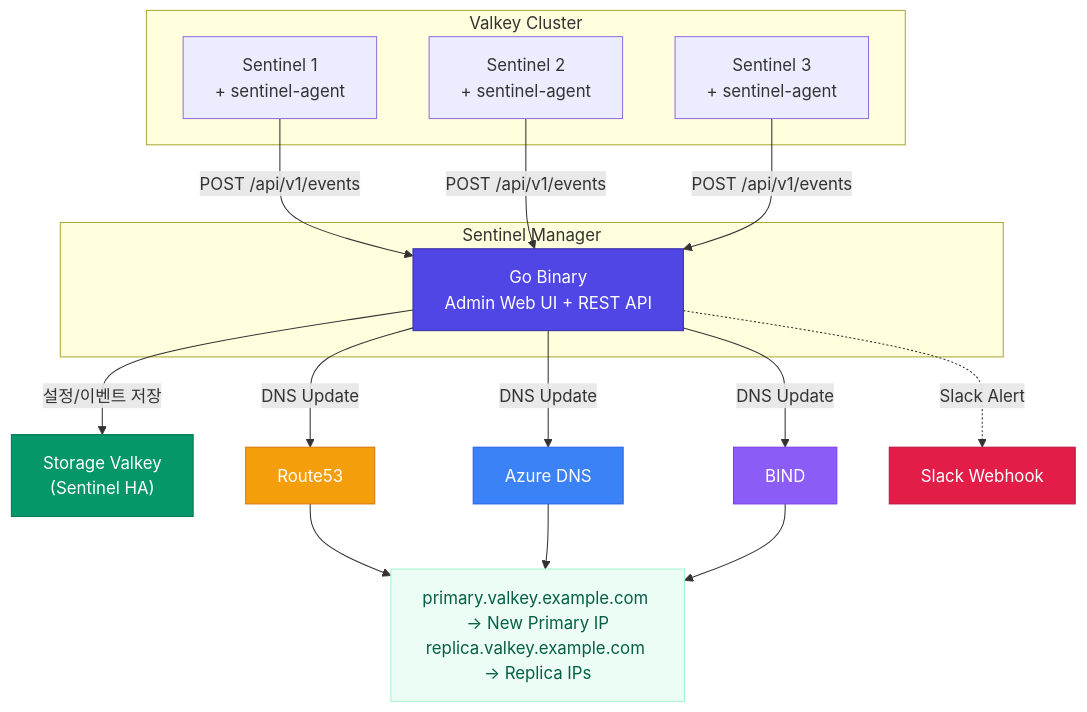
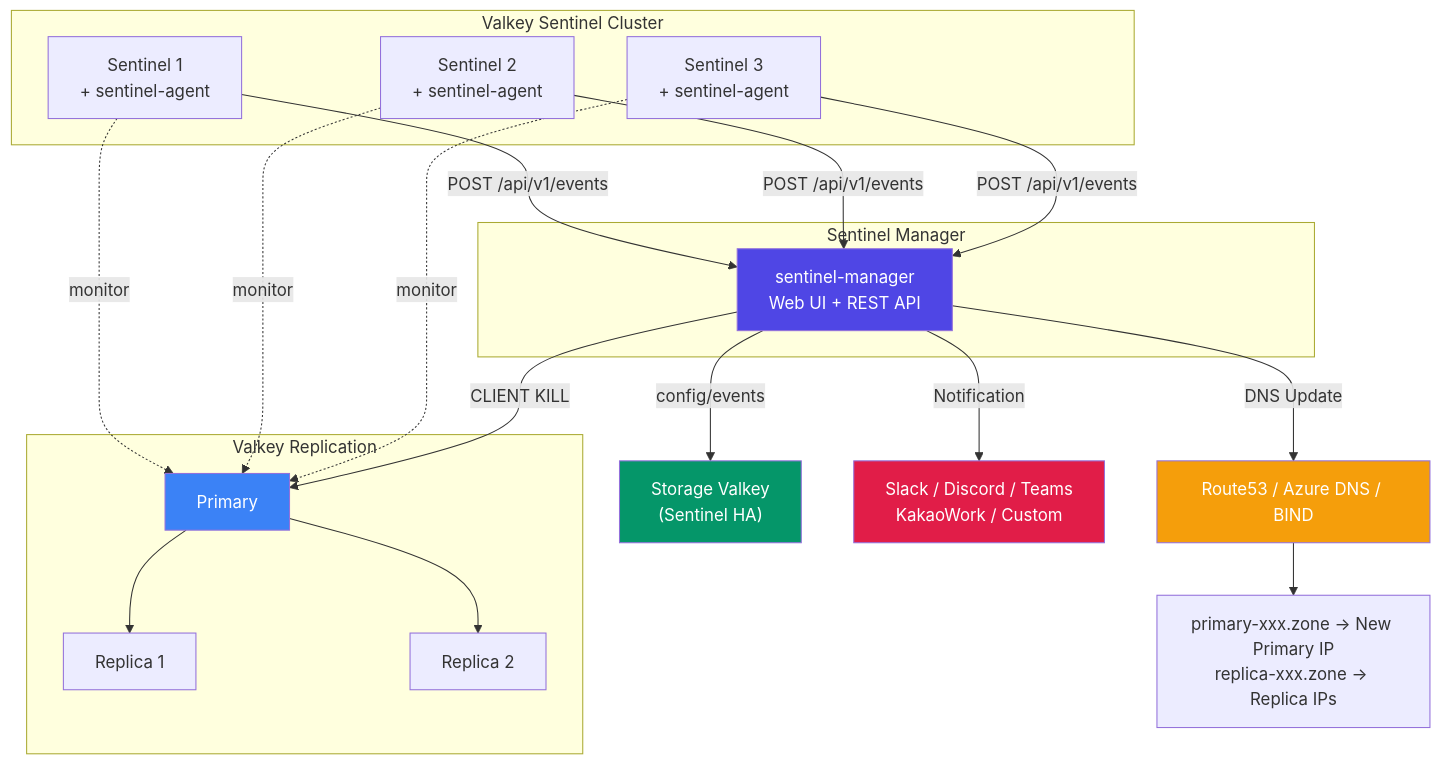
One commit to chals-go/valkey-sentinel-manager changed the first of 3 diagrams in README.md. Above: the diagram before and after it, drawn with Mermaid. The commit also changed other lines of this file, not shown here.

First line of the commit message:
README.md 전면 재작성: 한글/영어, Mermaid 다이어그램, 최신 기능 반영

````diff
--- a/README.md
+++ b/README.md
@@ -26,36 +16,41 @@
 ```mermaid
 graph TD
-    subgraph Valkey Cluster
+    subgraph "Valkey Sentinel Cluster"
         S1["Sentinel 1<br/>+ sentinel-agent"]
         S2["Sentinel 2<br/>+ sentinel-agent"]
         S3["Sentinel 3<br/>+ sentinel-agent"]
     end
 
-    subgraph Sentinel Manager
-        SM["Go Binary<br/>Admin Web UI + REST API"]
+    subgraph "Valkey Replication"
+        P["Primary"]
+        R1["Replica 1"]
+        R2["Replica 2"]
+        P --> R1
+        P --> R2
+    end
+
+    subgraph "Sentinel Manager"
+        SM["sentinel-manager<br/>Web UI + REST API"]
     end
 
     S1 -->|"POST /api/v1/events"| SM
     S2 -->|"POST /api/v1/events"| SM
     S3 -->|"POST /api/v1/events"| SM
 
-    SM -->|"설정/이벤트 저장"| VK["Storage Valkey<br/>(Sentinel HA)"]
+    S1 -.->|monitor| P
+    S2 -.->|monitor| P
+    S3 -.->|monitor| P
 
-    SM -->|"DNS Update"| R53["Route53"]
-    SM -->|"DNS Update"| AZ["Azure DNS"]
-    SM -->|"DNS Update"| BIND["BIND"]
+    SM -->|"config/events"| VK["Storage Valkey<br/>(Sentinel HA)"]
+    SM -->|"DNS Update"| DNS["Route53 / Azure DNS / BIND"]
+    SM -->|"CLIENT KILL"| P
+    SM -->|"Notification"| WH["Slack / Discord / Teams<br/>KakaoWork / Custom"]
 
-    R53 --> DNS["primary.valkey.example.com → New Primary IP<br/>replica.valkey.example.com → Replica IPs"]
-    AZ --> DNS
-    BIND --> DNS
+    DNS --> EP["primary-xxx.zone → New Primary IP<br/>replica-xxx.zone → Replica IPs"]
 
-    SM -.->|"Slack Alert"| SLACK["Slack Webhook"]
-
-    style SM fill:#4f46e5,color:#fff,stroke:#3730a3
-    style VK fill:#059669,color:#fff,stroke:#047857
-    style R53 fill:#f59e0b,color:#fff,stroke:#d97706
-    style AZ fill:#3b82f6,color:#fff,stroke:#2563eb
-    style BIND fill:#8b5cf6,color:#fff,stroke:#7c3aed
-    style DNS fill:#ecfdf5,color:#065f46,stroke:#a7f3d0
-    style SLACK fill:#e11d48,color:#fff,stroke:#be123c
+    style SM fill:#4f46e5,color:#fff
+    style VK fill:#059669,color:#fff
+    style DNS fill:#f59e0b,color:#fff
+    style WH fill:#e11d48,color:#fff
+    style P fill:#3b82f6,color:#fff
 ```
````
